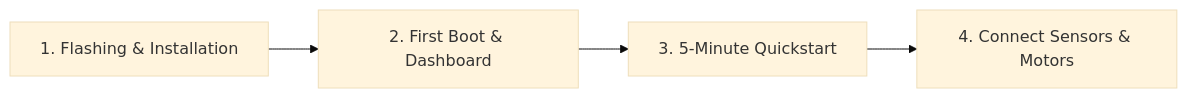
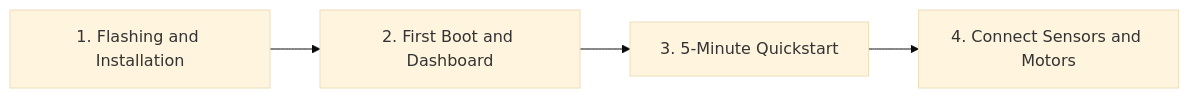
Before and after one commit to tamimystic/tamimystic-os: the diagram in docs/getting-started/index.md, drawn with Mermaid (base theme). The commit also changed other lines of this file and 23 other files, not shown here.

````diff
--- a/docs/getting-started/index.md
+++ b/docs/getting-started/index.md
@@ -27,6 +27,6 @@
 ```mermaid
 graph LR
-    A["1. Flashing & Installation"] --> B["2. First Boot & Dashboard"]
+    A["1. Flashing and Installation"] --> B["2. First Boot and Dashboard"]
     B --> C["3. 5-Minute Quickstart"]
-    C --> D["4. Connect Sensors & Motors"]
+    C --> D["4. Connect Sensors and Motors"]
 ```
````
